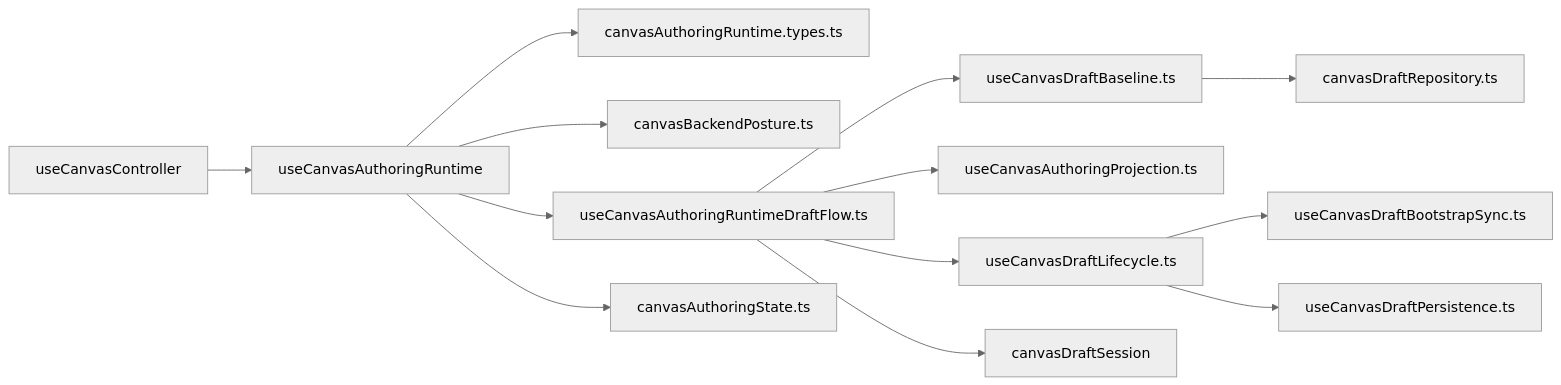
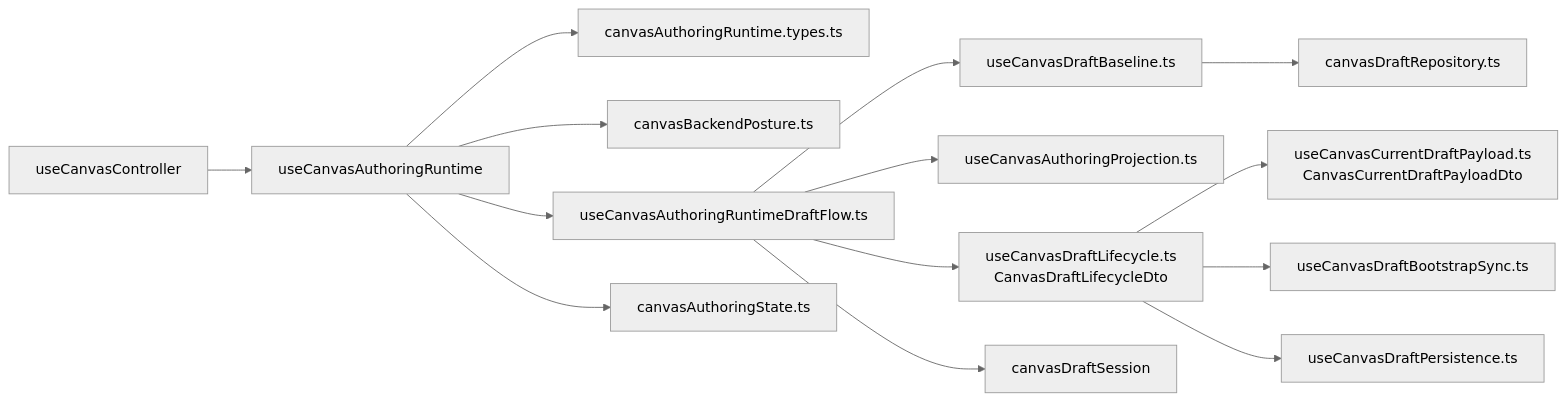
One commit to dunay2/dvt changed the first of 2 diagrams in docs/architecture/components/web/graph/canvas-authoring-runtime-component.md. Above: the diagram before and after it, drawn with Mermaid (neutral theme). The commit also changed other lines of this file and 10 other files, not shown here.

Commit message:
refactor(web): Introduce semantic draft lifecycle DTO

````diff
--- a/docs/architecture/components/web/graph/canvas-authoring-runtime-component.md
+++ b/docs/architecture/components/web/graph/canvas-authoring-runtime-component.md
@@ -108,17 +133,18 @@
 ```mermaid
 flowchart LR
   Controller["useCanvasController"] --> Runtime["useCanvasAuthoringRuntime"]
   Runtime --> Contract["canvasAuthoringRuntime.types.ts"]
   Runtime --> Backend["canvasBackendPosture.ts"]
   Runtime --> DraftFlow["useCanvasAuthoringRuntimeDraftFlow.ts"]
   Runtime --> AuthoringState["canvasAuthoringState.ts"]
 
   DraftFlow --> Baseline["useCanvasDraftBaseline.ts"]
   DraftFlow --> Projection["useCanvasAuthoringProjection.ts"]
-  DraftFlow --> Lifecycle["useCanvasDraftLifecycle.ts"]
+  DraftFlow --> Lifecycle["useCanvasDraftLifecycle.ts<br>CanvasDraftLifecycleDto"]
   DraftFlow --> Session["canvasDraftSession"]
 
   Baseline --> Repository["canvasDraftRepository.ts"]
+  Lifecycle --> PayloadDto["useCanvasCurrentDraftPayload.ts<br>CanvasCurrentDraftPayloadDto"]
   Lifecycle --> Bootstrap["useCanvasDraftBootstrapSync.ts"]
   Lifecycle --> Persistence["useCanvasDraftPersistence.ts"]
 ```
````
